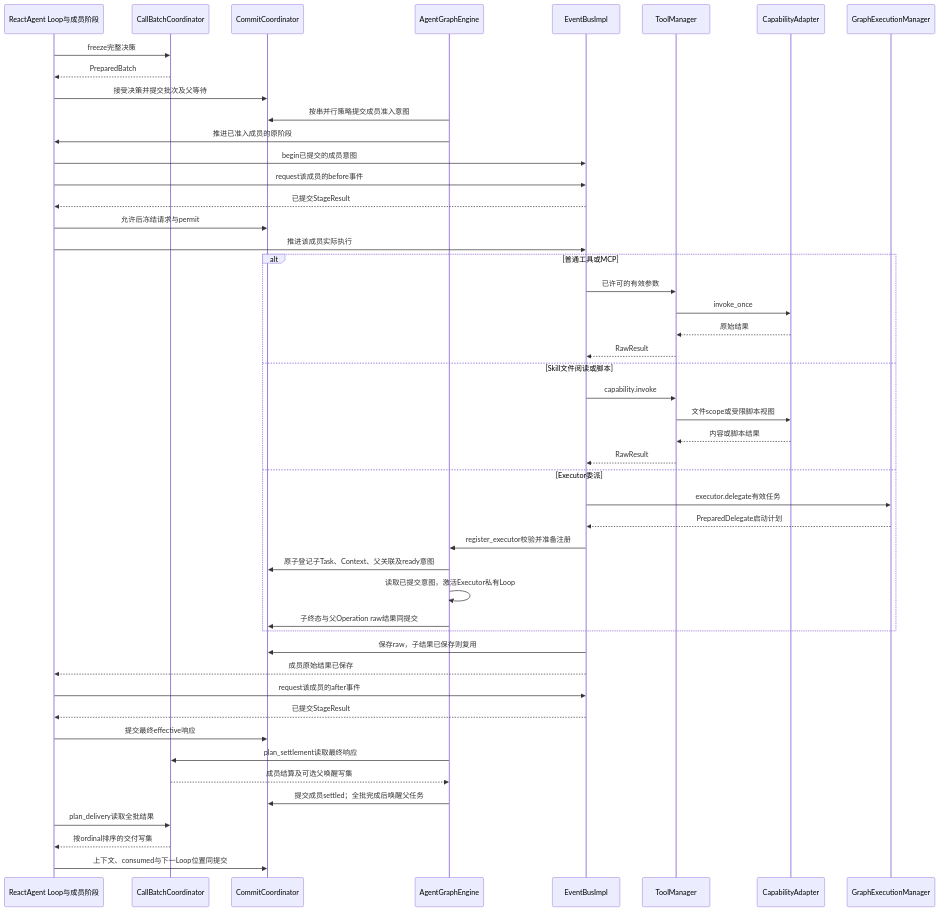
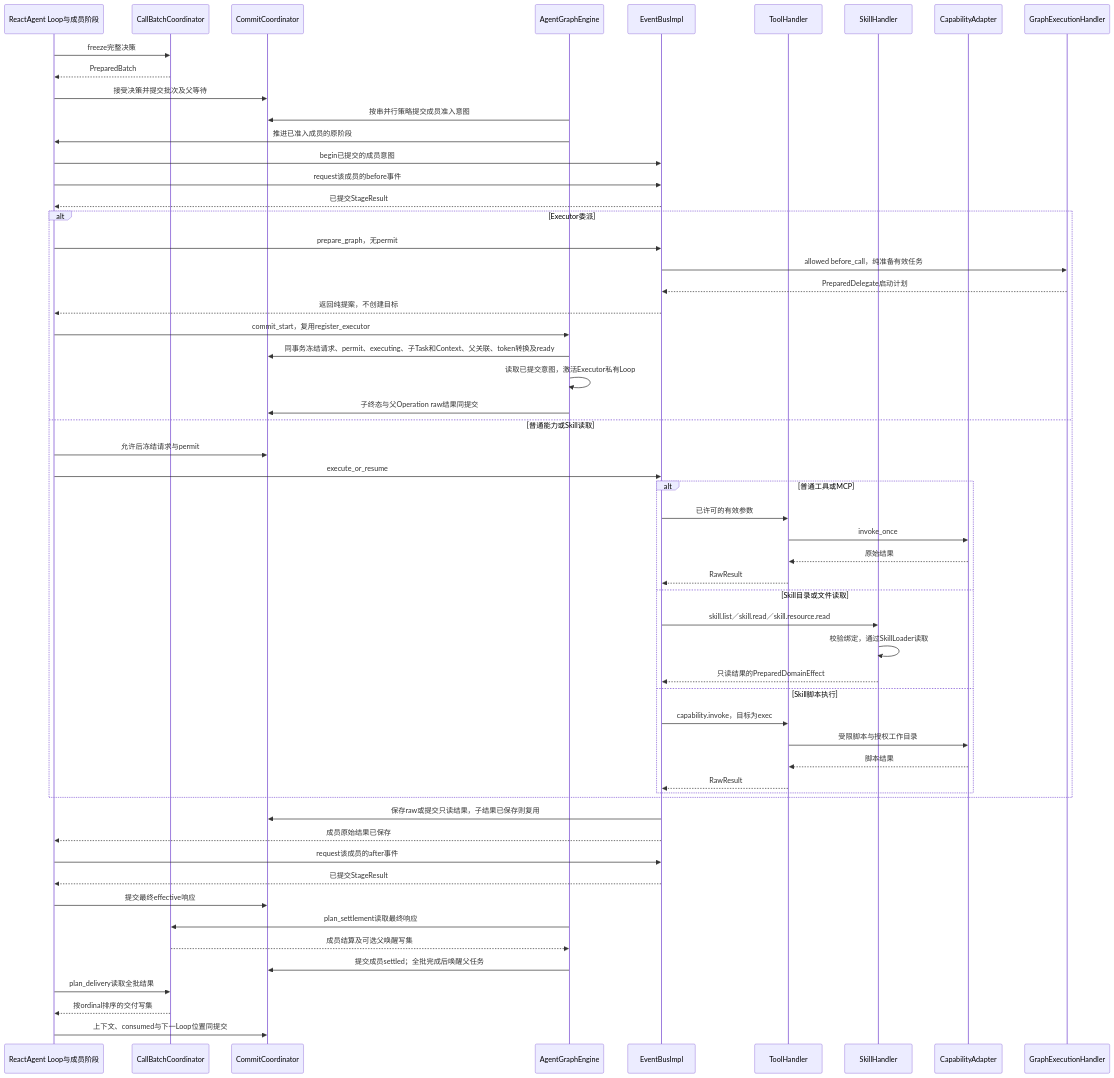
Diagram 13 of 14 in docs/sdk/object-collaboration.md (dujian0068/agent-loom), drawn with Mermaid before and after one commit. The commit also changed other lines of this file and 17 other files, not shown here.

````diff
--- a/docs/sdk/object-collaboration.md
+++ b/docs/sdk/object-collaboration.md
@@ -540,50 +795,59 @@
 ```mermaid
 sequenceDiagram
     participant N as ReactAgent Loop与成员阶段
     participant J as CallBatchCoordinator
     participant C as CommitCoordinator
     participant E as AgentGraphEngine
     participant B as EventBusImpl
-    participant T as ToolManager
+    participant T as ToolHandler
+    participant S as SkillHandler
     participant A as CapabilityAdapter
-    participant G as GraphExecutionManager
+    participant G as GraphExecutionHandler
     N->>J: freeze完整决策
     J-->>N: PreparedBatch
     N->>C: 接受决策并提交批次及父等待
     E->>C: 按串并行策略提交成员准入意图
     E->>N: 推进已准入成员的原阶段
     N->>B: begin已提交的成员意图
     N->>B: request该成员的before事件
     B-->>N: 已提交StageResult
-    N->>C: 允许后冻结请求与permit
-    N->>B: 推进该成员实际执行
-    alt 普通工具或MCP
-        B->>T: 已许可的有效参数
-        T->>A: invoke_once
-        A-->>T: 原始结果
-        T-->>B: RawResult
-    else Skill文件阅读或脚本
-        B->>T: capability.invoke
-        T->>A: 文件scope或受限脚本视图
-        A-->>T: 内容或脚本结果
-        T-->>B: RawResult
-    else Executor委派
-        B->>G: executor.delegate有效任务
+    alt Executor委派
+        N->>B: prepare_graph，无permit
+        B->>G: allowed before_call，纯准备有效任务
         G-->>B: PreparedDelegate启动计划
-        B->>E: register_executor校验并准备注册
-        E->>C: 原子登记子Task、Context、父关联及ready意图
+        B-->>N: 返回纯提案，不创建目标
+        N->>E: commit_start，复用register_executor
+        E->>C: 同事务冻结请求、permit、executing、子Task和Context、父关联、token转换及ready
         E->>E: 读取已提交意图，激活Executor私有Loop
         E->>C: 子终态与父Operation raw结果同提交
+    else 普通能力或Skill读取
+        N->>C: 允许后冻结请求与permit
+        N->>B: execute_or_resume
+        alt 普通工具或MCP
+            B->>T: 已许可的有效参数
+            T->>A: invoke_once
+            A-->>T: 原始结果
+            T-->>B: RawResult
+        else Skill目录或文件读取
+            B->>S: skill.list／skill.read／skill.resource.read
+            S->>S: 校验绑定，通过SkillLoader读取
+            S-->>B: 只读结果的PreparedDomainEffect
+        else Skill脚本执行
+            B->>T: capability.invoke，目标为exec
+            T->>A: 受限脚本与授权工作目录
+            A-->>T: 脚本结果
+            T-->>B: RawResult
+        end
     end
-    B->>C: 保存raw，子结果已保存则复用
+    B->>C: 保存raw或提交只读结果，子结果已保存则复用
     B-->>N: 成员原始结果已保存
     N->>B: request该成员的after事件
     B-->>N: 已提交StageResult
     N->>C: 提交最终effective响应
     E->>J: plan_settlement读取最终响应
     J-->>E: 成员结算及可选父唤醒写集
     E->>C: 提交成员settled；全批完成后唤醒父任务
     N->>J: plan_delivery读取全批结果
     J-->>N: 按ordinal排序的交付写集
     N->>C: 上下文、consumed与下一Loop位置同提交
 ```
````
